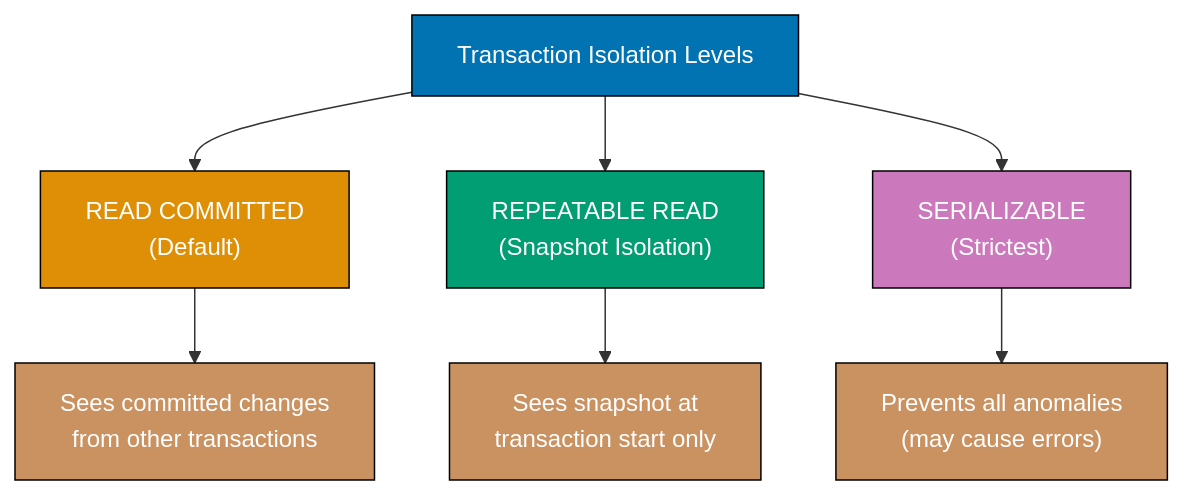
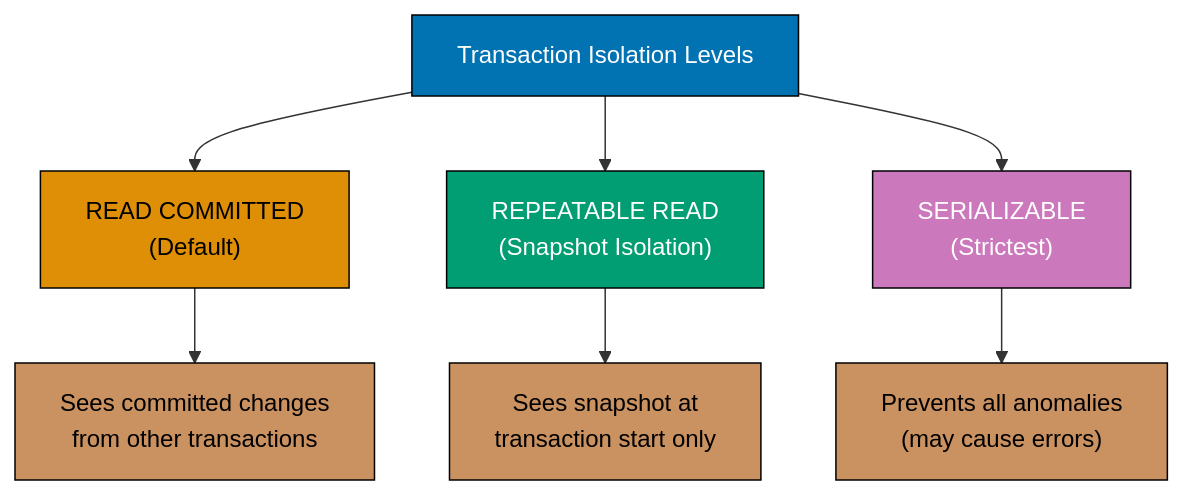
Before and after one commit to wahidyankf/open-sharia-enterprise: the ninth of 12 diagrams in apps/ayokoding-web/content/en/learn/software-engineering/data/databases/postgresql/by-example/intermediate.md, drawn with Mermaid. The commit also changed other lines of this file and 157 other files, not shown here.

````diff
--- a/apps/ayokoding-web/content/en/learn/software-engineering/data/databases/postgresql/by-example/intermediate.md
+++ b/apps/ayokoding-web/content/en/learn/software-engineering/data/databases/postgresql/by-example/intermediate.md
@@ -2228,26 +2236,26 @@
 ```mermaid
 %% Color Palette: Blue #0173B2, Orange #DE8F05, Teal #029E73, Purple #CC78BC, Brown #CA9161
 graph TD
     A["Transaction Isolation Levels"]
     B["READ COMMITTED<br/>(Default)"]
     C["REPEATABLE READ<br/>(Snapshot Isolation)"]
     D["SERIALIZABLE<br/>(Strictest)"]
     E["Sees committed changes<br/>from other transactions"]
     F["Sees snapshot at<br/>transaction start only"]
     G["Prevents all anomalies<br/>(may cause errors)"]
 
     A --> B
     A --> C
     A --> D
     B --> E
     C --> F
     D --> G
 
     style A fill:#0173B2,stroke:#000,color:#fff
-    style B fill:#DE8F05,stroke:#000,color:#fff
+    style B fill:#DE8F05,stroke:#000,color:#000
     style C fill:#029E73,stroke:#000,color:#fff
     style D fill:#CC78BC,stroke:#000,color:#fff
-    style E fill:#CA9161,stroke:#000,color:#fff
-    style F fill:#CA9161,stroke:#000,color:#fff
-    style G fill:#CA9161,stroke:#000,color:#fff
+    style E fill:#CA9161,stroke:#000,color:#000
+    style F fill:#CA9161,stroke:#000,color:#000
+    style G fill:#CA9161,stroke:#000,color:#000
 ```
````
